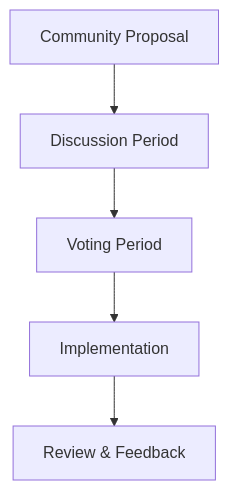
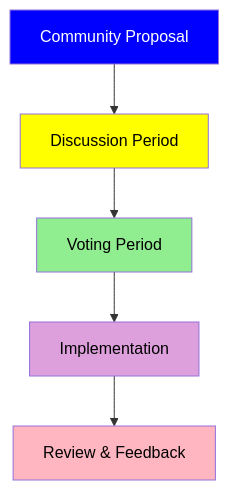
Before and after one commit to MEMEFANS/memefans: the diagram in docs/whitepaper/governance.md, drawn with Mermaid. The commit also changed 15 other files, not shown here.

Commit message:
docs: update Mermaid diagram formats to use HTML div format for better rendering

````diff
--- a/docs/whitepaper/governance.md
+++ b/docs/whitepaper/governance.md
@@ -7,7 +7,13 @@
-  ```mermaid
+  <div class="mermaid">
   graph TD
     A[Community Proposal] --> B[Discussion Period]
     B --> C[Voting Period]
     C --> D[Implementation]
     D --> E[Review & Feedback]
-  ```
+    
+    style A fill:#0000FF,color:#FFFFFF
+    style B fill:#FFFF00,color:#000000
+    style C fill:#90EE90,color:#000000
+    style D fill:#DDA0DD,color:#000000
+    style E fill:#FFB6C1,color:#000000
+  </div>
````
